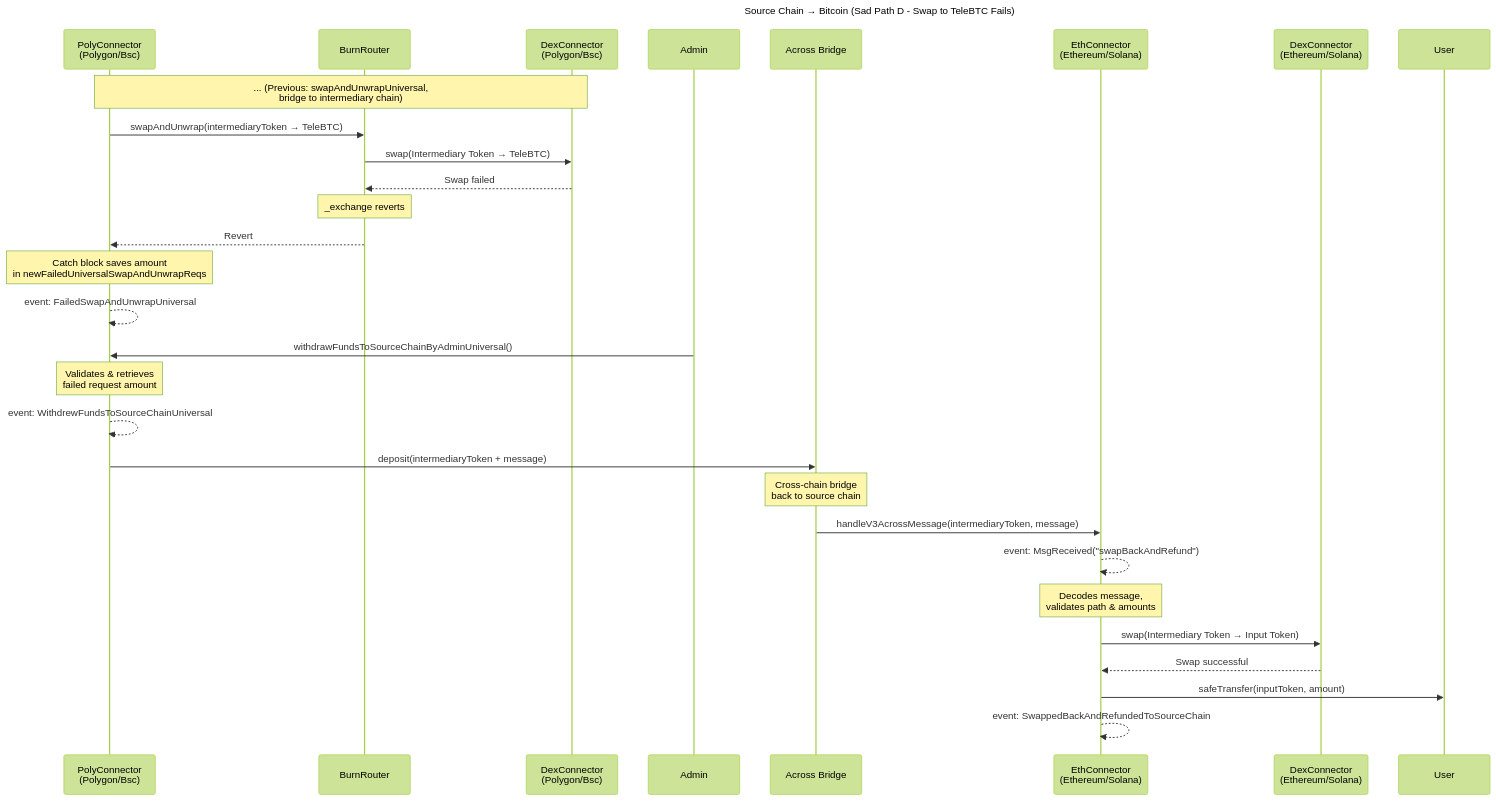
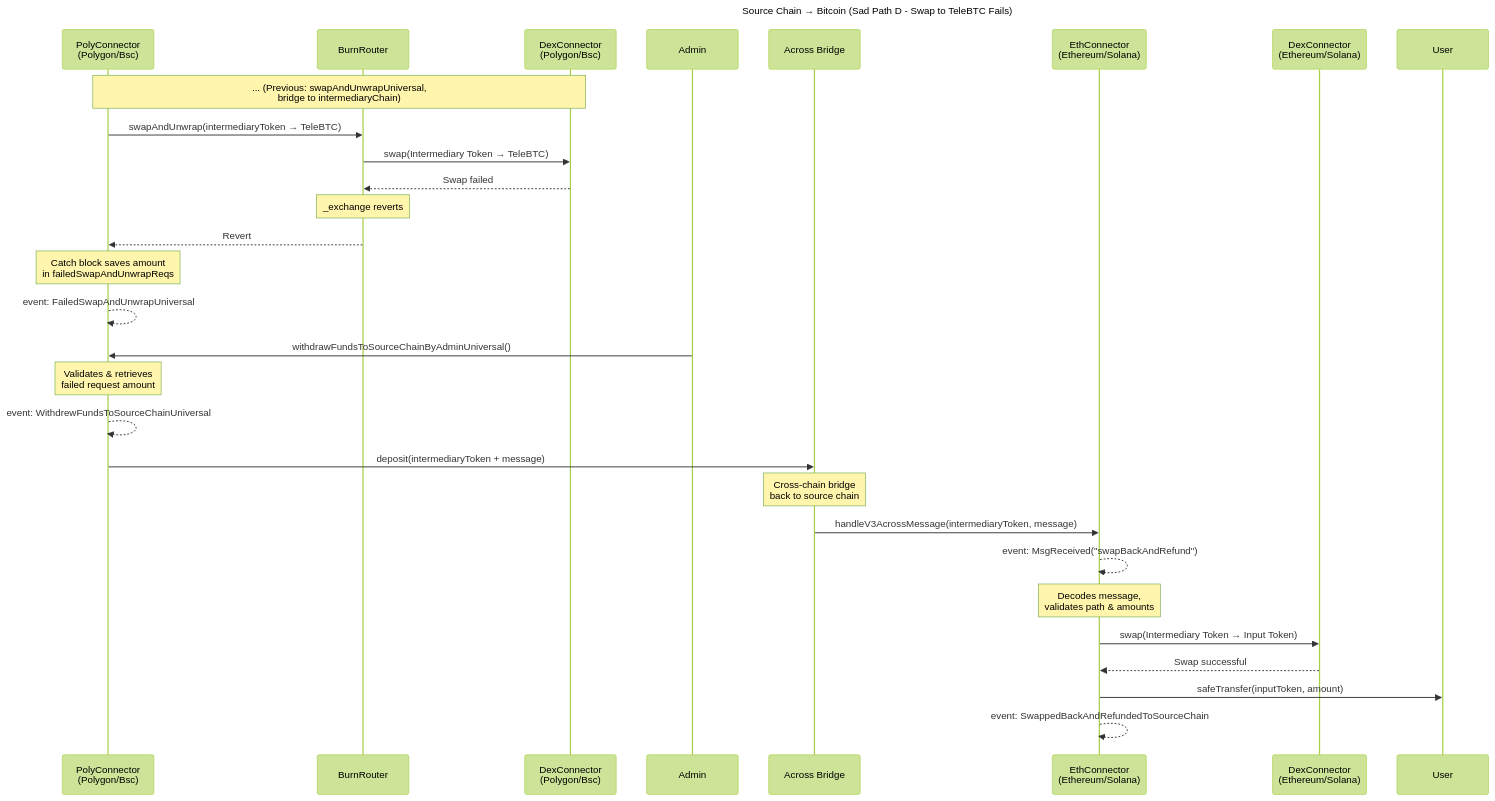
Before and after one commit to TeleportDAO/teleswap-contracts-evm: the fifth of 5 diagrams in docs/universal-router.md, drawn with Mermaid (forest theme). The commit also changed other lines of this file and 5 other files, not shown here.

````diff
--- a/docs/universal-router.md
+++ b/docs/universal-router.md
@@ -384,36 +388,36 @@
 ```mermaid
 sequenceDiagram
   title Source Chain → Bitcoin (Sad Path D - Swap to TeleBTC Fails)
   participant PolyConnector as PolyConnector<br/>(Polygon/Bsc)
   participant BurnRouter as BurnRouter
   participant DexConnectorPoly as DexConnector<br/>(Polygon/Bsc)
   participant Admin as Admin
   participant Across as Across Bridge
   participant EthConnector as EthConnector<br/>(Ethereum/Solana)
   participant DexConnectorSource as DexConnector<br/>(Ethereum/Solana)
   participant User as User
 
-  Note over PolyConnector,DexConnectorPoly: ... (Previous: swapAndUnwrapUniversal,<br/>bridge to intermediary chain)
+  Note over PolyConnector,DexConnectorPoly: ... (Previous: swapAndUnwrapUniversal,<br/>bridge to intermediaryChain)
 
   PolyConnector->>BurnRouter: swapAndUnwrap(intermediaryToken → TeleBTC)
   BurnRouter->>DexConnectorPoly: swap(Intermediary Token → TeleBTC)
   DexConnectorPoly-->>BurnRouter: Swap failed
   Note over BurnRouter: _exchange reverts
   BurnRouter-->>PolyConnector: Revert
-  Note over PolyConnector: Catch block saves amount<br/>in newFailedUniversalSwapAndUnwrapReqs
+  Note over PolyConnector: Catch block saves amount<br/>in failedSwapAndUnwrapReqs
   PolyConnector-->>PolyConnector: event: FailedSwapAndUnwrapUniversal
 
   Admin->>PolyConnector: withdrawFundsToSourceChainByAdminUniversal()
   Note over PolyConnector: Validates & retrieves<br/>failed request amount
   PolyConnector-->>PolyConnector: event: WithdrewFundsToSourceChainUniversal
   PolyConnector->>Across: deposit(intermediaryToken + message)
   Note over Across: Cross-chain bridge<br/>back to source chain
 
   Across->>EthConnector: handleV3AcrossMessage(intermediaryToken, message)
   EthConnector-->>EthConnector: event: MsgReceived("swapBackAndRefund")
   Note over EthConnector: Decodes message,<br/>validates path & amounts
   EthConnector->>DexConnectorSource: swap(Intermediary Token → Input Token)
   DexConnectorSource-->>EthConnector: Swap successful
   EthConnector->>User: safeTransfer(inputToken, amount)
   EthConnector-->>EthConnector: event: SwappedBackAndRefundedToSourceChain
 ```
````
